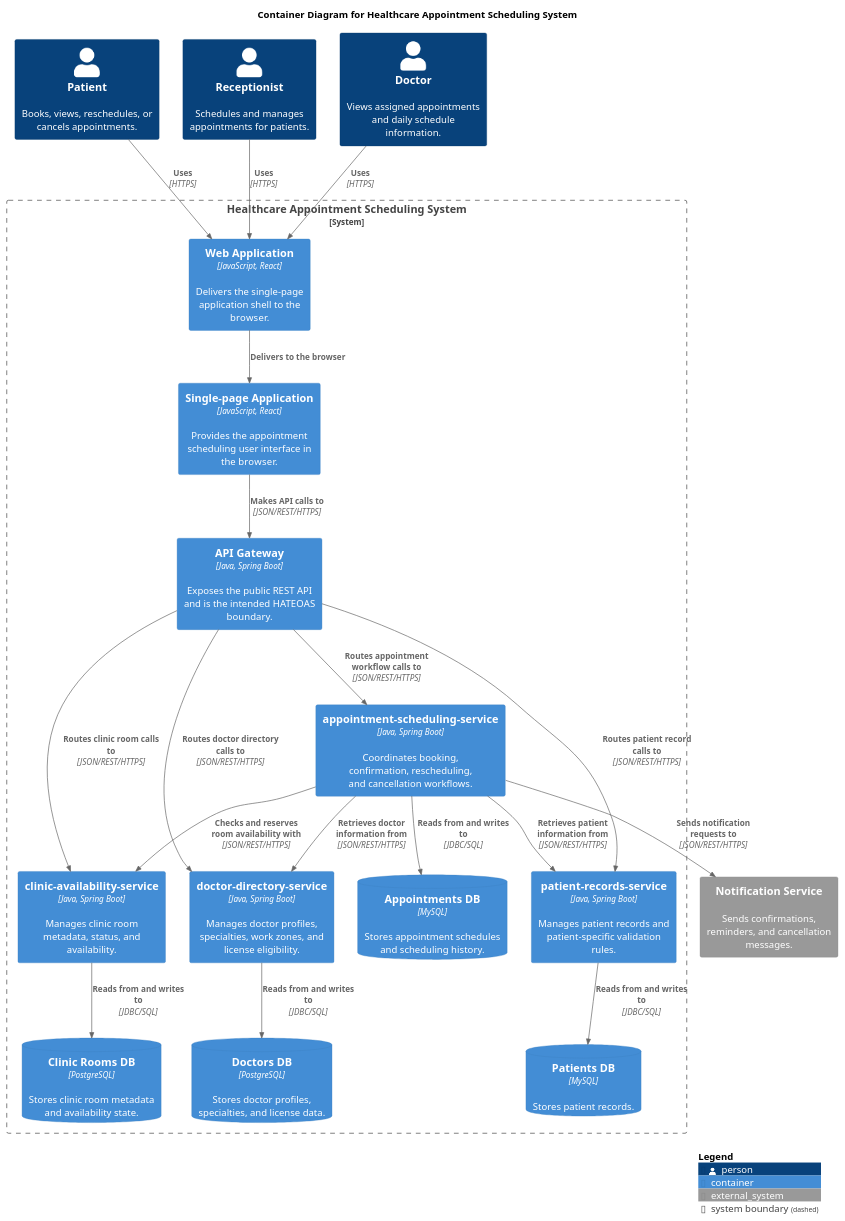
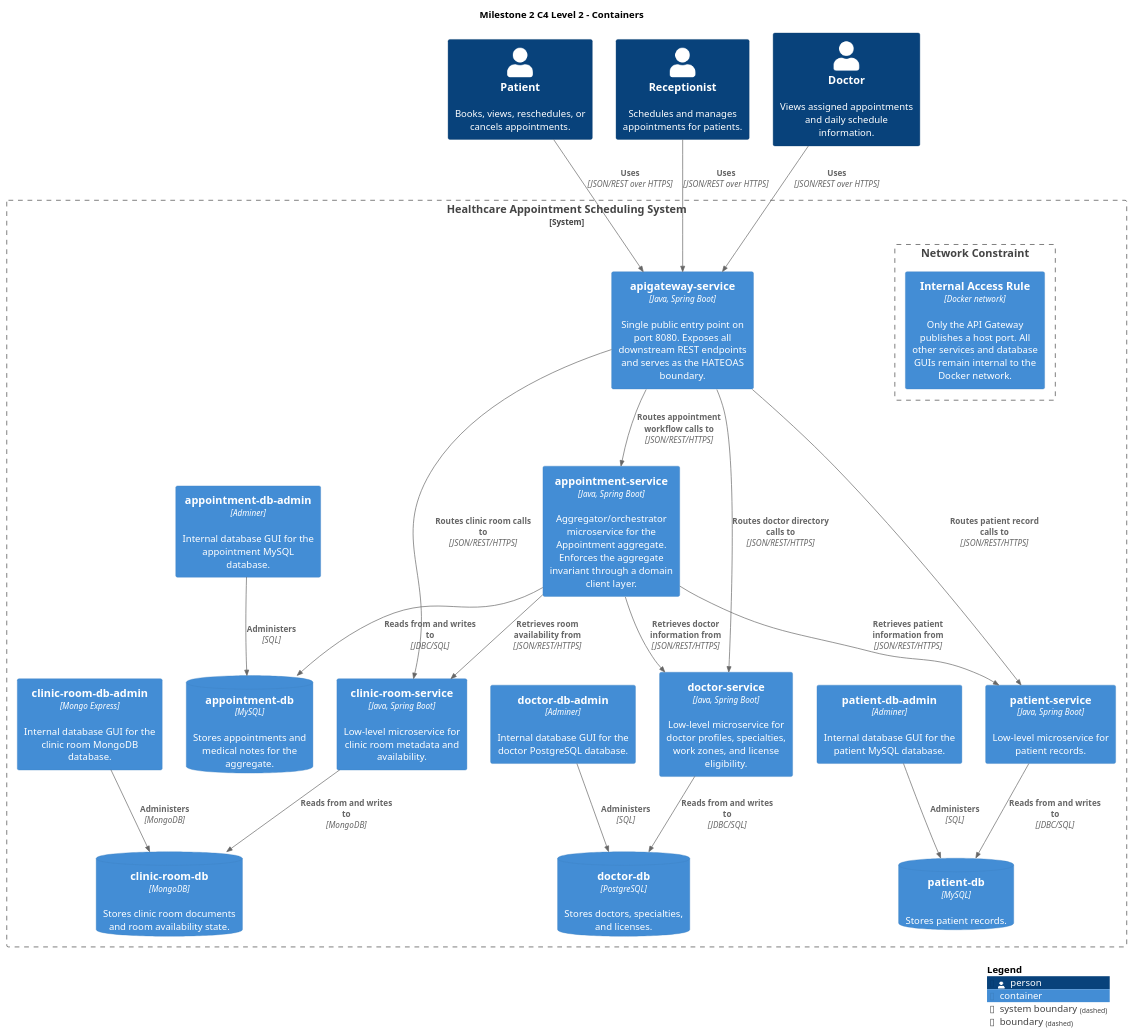
One commit to Ccyy615/Healthcare_Milestone_ms changed the diagram in Diagrams/C4_Level_2_Containers.puml. Above: the diagram before and after it, drawn with PlantUML. The commit also changed 27 other files, not shown here.

```diff
--- a/Diagrams/C4_Level_2_Containers.puml
+++ b/Diagrams/C4_Level_2_Containers.puml
@@ -1,52 +1,56 @@
 @startuml
 !includeurl https://raw.githubusercontent.com/plantuml-stdlib/C4-PlantUML/master/C4_Container.puml
 
 LAYOUT_TOP_DOWN()
 
-title Container Diagram for Healthcare Appointment Scheduling System
+title Milestone 2 C4 Level 2 - Containers
 
 Person(patient, "Patient", "Books, views, reschedules, or cancels appointments.")
 Person(receptionist, "Receptionist", "Schedules and manages appointments for patients.")
 Person(doctor, "Doctor", "Views assigned appointments and daily schedule information.")
 
-System_Ext(notification_service, "Notification Service", "Sends confirmations, reminders, and cancellation messages.")
-
 System_Boundary(healthcare_system, "Healthcare Appointment Scheduling System") {
-    Container(web_application, "Web Application", "JavaScript, React", "Delivers the single-page application shell to the browser.")
-    Container(single_page_app, "Single-page Application", "JavaScript, React", "Provides the appointment scheduling user interface in the browser.")
-    Container(api_gateway, "API Gateway", "Java, Spring Boot", "Exposes the public REST API and is the intended HATEOAS boundary.")
-    Container(appointment_service, "appointment-scheduling-service", "Java, Spring Boot", "Coordinates booking, confirmation, rescheduling, and cancellation workflows.")
-    Container(clinic_room_service, "clinic-availability-service", "Java, Spring Boot", "Manages clinic room metadata, status, and availability.")
-    Container(patient_service, "patient-records-service", "Java, Spring Boot", "Manages patient records and patient-specific validation rules.")
-    Container(doctor_service, "doctor-directory-service", "Java, Spring Boot", "Manages doctor profiles, specialties, work zones, and license eligibility.")
-    ContainerDb(appointment_db, "Appointments DB", "MySQL", "Stores appointment schedules and scheduling history.")
-    ContainerDb(patient_db, "Patients DB", "MySQL", "Stores patient records.")
-    ContainerDb(doctor_db, "Doctors DB", "PostgreSQL", "Stores doctor profiles, specialties, and license data.")
-    ContainerDb(clinic_room_db, "Clinic Rooms DB", "PostgreSQL", "Stores clinic room metadata and availability state.")
+    Container(api_gateway, "apigateway-service", "Java, Spring Boot", "Single public entry point on port 8080. Exposes all downstream REST endpoints and serves as the HATEOAS boundary.")
+    Container(appointment_service, "appointment-service", "Java, Spring Boot", "Aggregator/orchestrator microservice for the Appointment aggregate. Enforces the aggregate invariant through a domain client layer.")
+    Container(patient_service, "patient-service", "Java, Spring Boot", "Low-level microservice for patient records.")
+    Container(doctor_service, "doctor-service", "Java, Spring Boot", "Low-level microservice for doctor profiles, specialties, work zones, and license eligibility.")
+    Container(clinic_room_service, "clinic-room-service", "Java, Spring Boot", "Low-level microservice for clinic room metadata and availability.")
+    ContainerDb(appointment_db, "appointment-db", "MySQL", "Stores appointments and medical notes for the aggregate.")
+    ContainerDb(patient_db, "patient-db", "MySQL", "Stores patient records.")
+    ContainerDb(doctor_db, "doctor-db", "PostgreSQL", "Stores doctors, specialties, and licenses.")
+    ContainerDb(clinic_room_db, "clinic-room-db", "MongoDB", "Stores clinic room documents and room availability state.")
+    Container(patient_db_admin, "patient-db-admin", "Adminer", "Internal database GUI for the patient MySQL database.")
+    Container(doctor_db_admin, "doctor-db-admin", "Adminer", "Internal database GUI for the doctor PostgreSQL database.")
+    Container(appointment_db_admin, "appointment-db-admin", "Adminer", "Internal database GUI for the appointment MySQL database.")
+    Container(clinic_room_db_admin, "clinic-room-db-admin", "Mongo Express", "Internal database GUI for the clinic room MongoDB database.")
+    Boundary(internal_only, "Network Constraint") {
+      Container(constraint_note, "Internal Access Rule", "Docker network", "Only the API Gateway publishes a host port. All other services and database GUIs remain internal to the Docker network.")
+    }
 }
 
-Rel(patient, web_application, "Uses", "HTTPS")
-Rel(receptionist, web_application, "Uses", "HTTPS")
-Rel(doctor, web_application, "Uses", "HTTPS")
-
-Rel(web_application, single_page_app, "Delivers to the browser")
-Rel(single_page_app, api_gateway, "Makes API calls to", "JSON/REST/HTTPS")
+Rel(patient, api_gateway, "Uses", "JSON/REST over HTTPS")
+Rel(receptionist, api_gateway, "Uses", "JSON/REST over HTTPS")
+Rel(doctor, api_gateway, "Uses", "JSON/REST over HTTPS")
 
 Rel(api_gateway, appointment_service, "Routes appointment workflow calls to", "JSON/REST/HTTPS")
-Rel(api_gateway, clinic_room_service, "Routes clinic room calls to", "JSON/REST/HTTPS")
 Rel(api_gateway, patient_service, "Routes patient record calls to", "JSON/REST/HTTPS")
 Rel(api_gateway, doctor_service, "Routes doctor directory calls to", "JSON/REST/HTTPS")
+Rel(api_gateway, clinic_room_service, "Routes clinic room calls to", "JSON/REST/HTTPS")
 
 Rel(appointment_service, appointment_db, "Reads from and writes to", "JDBC/SQL")
-Rel(appointment_service, clinic_room_service, "Checks and reserves room availability with", "JSON/REST/HTTPS")
 Rel(appointment_service, patient_service, "Retrieves patient information from", "JSON/REST/HTTPS")
 Rel(appointment_service, doctor_service, "Retrieves doctor information from", "JSON/REST/HTTPS")
-Rel(appointment_service, notification_service, "Sends notification requests to", "JSON/REST/HTTPS")
+Rel(appointment_service, clinic_room_service, "Retrieves room availability from", "JSON/REST/HTTPS")
 
-Rel(clinic_room_service, clinic_room_db, "Reads from and writes to", "JDBC/SQL")
 Rel(patient_service, patient_db, "Reads from and writes to", "JDBC/SQL")
 Rel(doctor_service, doctor_db, "Reads from and writes to", "JDBC/SQL")
+Rel(clinic_room_service, clinic_room_db, "Reads from and writes to", "MongoDB")
+
+Rel(patient_db_admin, patient_db, "Administers", "SQL")
+Rel(doctor_db_admin, doctor_db, "Administers", "SQL")
+Rel(appointment_db_admin, appointment_db, "Administers", "SQL")
+Rel(clinic_room_db_admin, clinic_room_db, "Administers", "MongoDB")
 
 SHOW_LEGEND()
 
 @enduml
```
